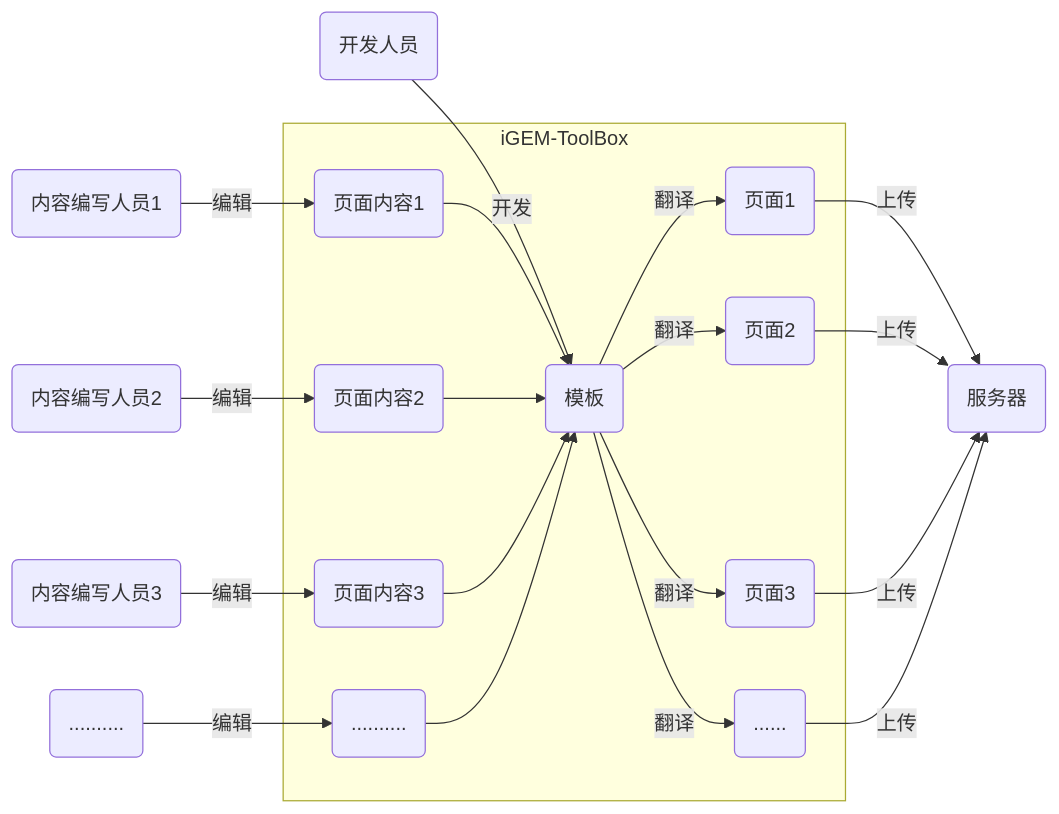
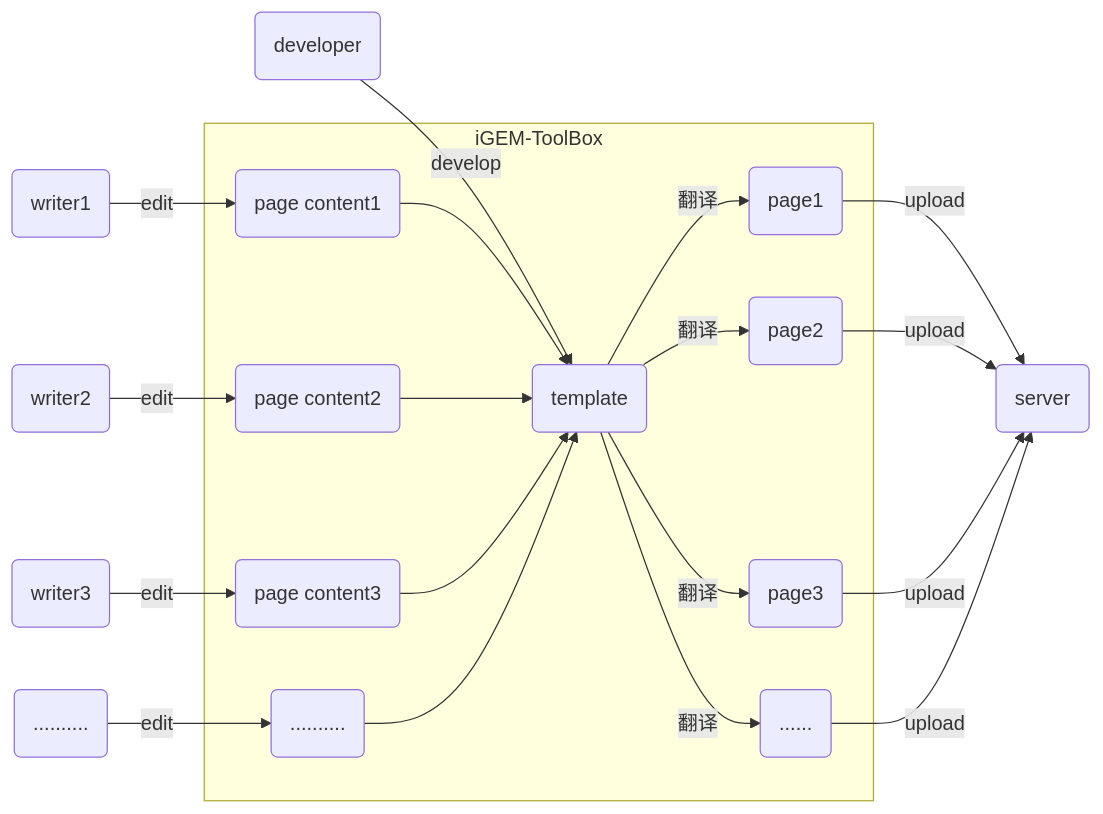
Before and after one commit to 497363983/iGEM-ToolBox: the second of 2 diagrams in README.md, drawn with Mermaid. The commit also changed other lines of this file, not shown here.

````diff
--- a/README.md
+++ b/README.md
@@ -37,22 +37,22 @@
 ```mermaid
 graph LR
-    writer1(内容编写人员1) --编辑--> content1(页面内容1)
-    writer2(内容编写人员2) --编辑--> content2(页面内容2)
-    writer3(内容编写人员3) --编辑--> content3(页面内容3)
-    omitwriter(..........) --编辑--> omitcontent(..........)
-    developer(开发人员) --开发--> template(模板)
+    writer1(writer1) --edit--> content1(page content1)
+    writer2(writer2) --edit--> content2(page content2)
+    writer3(writer3) --edit--> content3(page content3)
+    omitwriter(..........) --edit--> omitcontent(..........)
+    developer(developer) --develop--> template(template)
     subgraph iGEM-ToolBox
       content1 --> template
       content2 --> template
       content3 --> template
       omitcontent --> template
-      template --翻译--> page1(页面1)
-      template --翻译--> page2(页面2)
-      template --翻译--> page3(页面3)
+      template --翻译--> page1(page1)
+      template --翻译--> page2(page2)
+      template --翻译--> page3(page3)
       template --翻译--> omitpage(......)
       end
-    page1 --上传-->server(服务器)
-    page2 --上传-->server
-    page3 --上传-->server
-    omitpage --上传-->server
+    page1 --upload-->server(server)
+    page2 --upload-->server
+    page3 --upload-->server
+    omitpage --upload-->server
 ```
````
